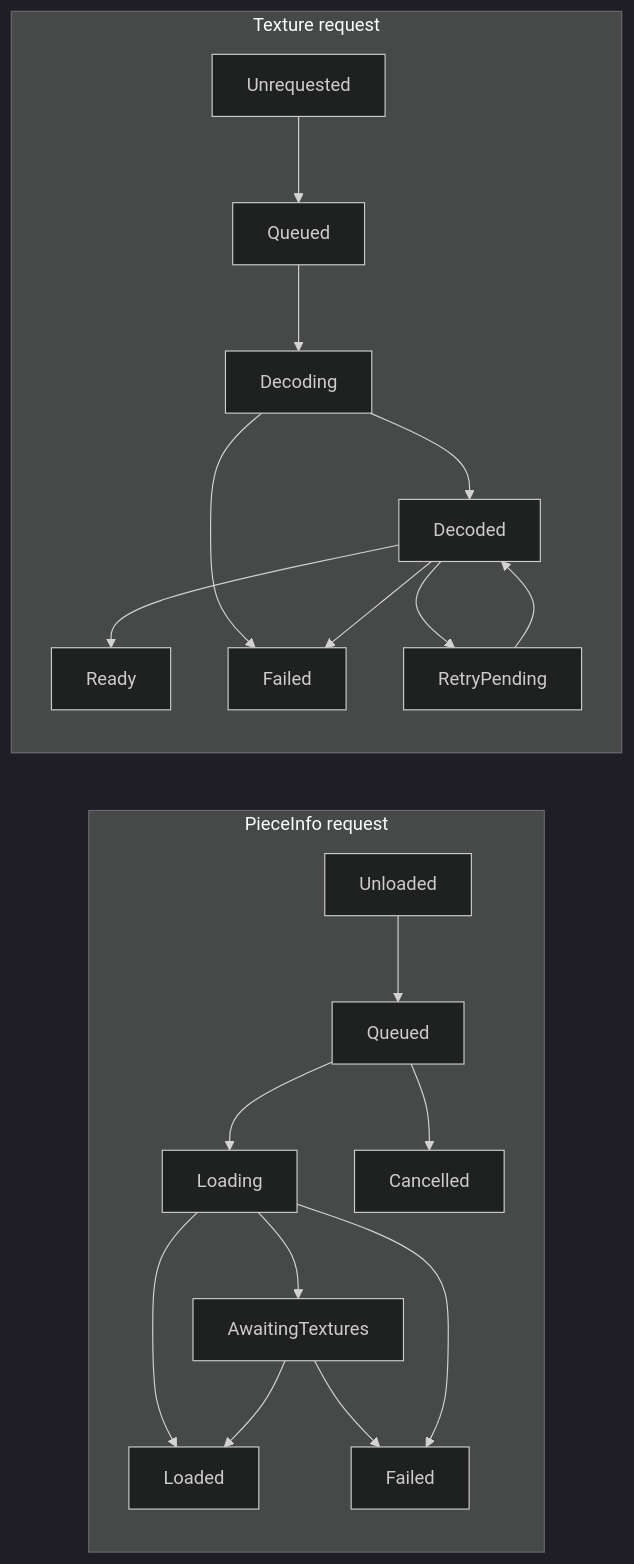
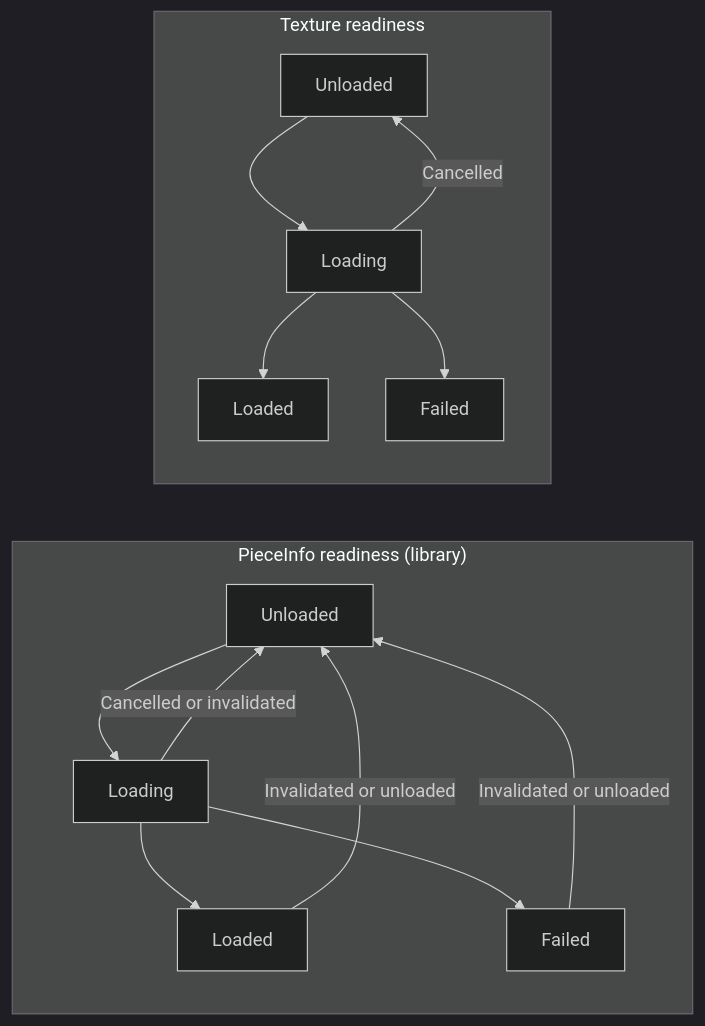
The first of 2 diagrams in docs/asset-loading.md (nathaneltitane/studworx), drawn with Mermaid (dark theme) before and after one commit. The commit also changed other lines of this file and 22 other files, not shown here.

First line of the commit message:
Separate asset readiness from loader request progress

````diff
--- a/docs/asset-loading.md
+++ b/docs/asset-loading.md
@@ -213,18 +218,17 @@
 ```mermaid
 flowchart LR
-    subgraph Part["PieceInfo request"]
-        U[Unloaded] --> Q[Queued] --> L[Loading]
-        L --> A[AwaitingTextures] --> R[Loaded]
-        L --> R
+    subgraph Part["PieceInfo readiness (library)"]
+        U[Unloaded] --> L[Loading]
+        L --> R[Loaded]
         L --> F[Failed]
-        A --> F
-        Q --> C[Cancelled]
+        L -->|Cancelled or invalidated| U
+        R -->|Invalidated or unloaded| U
+        F -->|Invalidated or unloaded| U
     end
-    subgraph Texture["Texture request"]
-        TU[Unrequested] --> TQ[Queued] --> TD[Decoding]
-        TD --> TC[Decoded] --> TR[Ready]
-        TD --> TF[Failed]
-        TC --> TP[RetryPending] --> TC
-        TC --> TF
+    subgraph Texture["Texture readiness"]
+        TU[Unloaded] --> TL[Loading]
+        TL --> TR[Loaded]
+        TL --> TF[Failed]
+        TL -->|Cancelled| TU
     end
 ```
````
